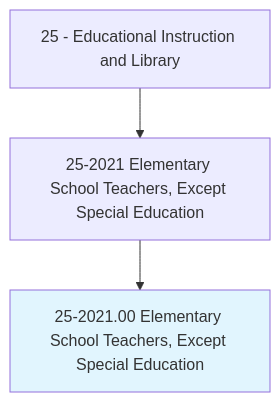
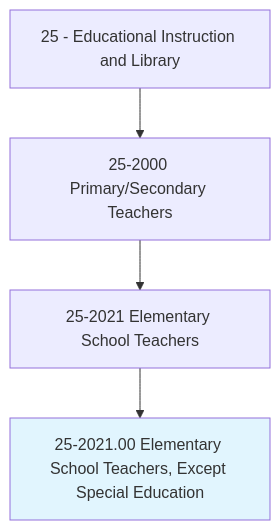
One commit to kziemski/business.org.ai changed the first of 4 diagrams in occupations/Education/ElementarySchoolTeachersExceptSpecialEducation.mdx. Above: the diagram before and after it, drawn with Mermaid. The commit also changed other lines of this file and 938 other files, not shown here.

````diff
--- a/occupations/Education/ElementarySchoolTeachersExceptSpecialEducation.mdx
+++ b/occupations/Education/ElementarySchoolTeachersExceptSpecialEducation.mdx
@@ -19,6 +23,7 @@
 ```mermaid
 graph TD
-    Cat25["25 - Educational Instruction and Library"] --> Group252021["25-2021 Elementary School Teachers, Except Special Education"]
+    Cat25["25 - Educational Instruction and Library"] --> Group252["25-2000 Primary/Secondary Teachers"]
+    Group252 --> Group252021["25-2021 Elementary School Teachers"]
     Group252021 --> Current["25-2021.00 Elementary School Teachers, Except Special Education"]
     style Current fill:#e1f5fe
 ```
````
